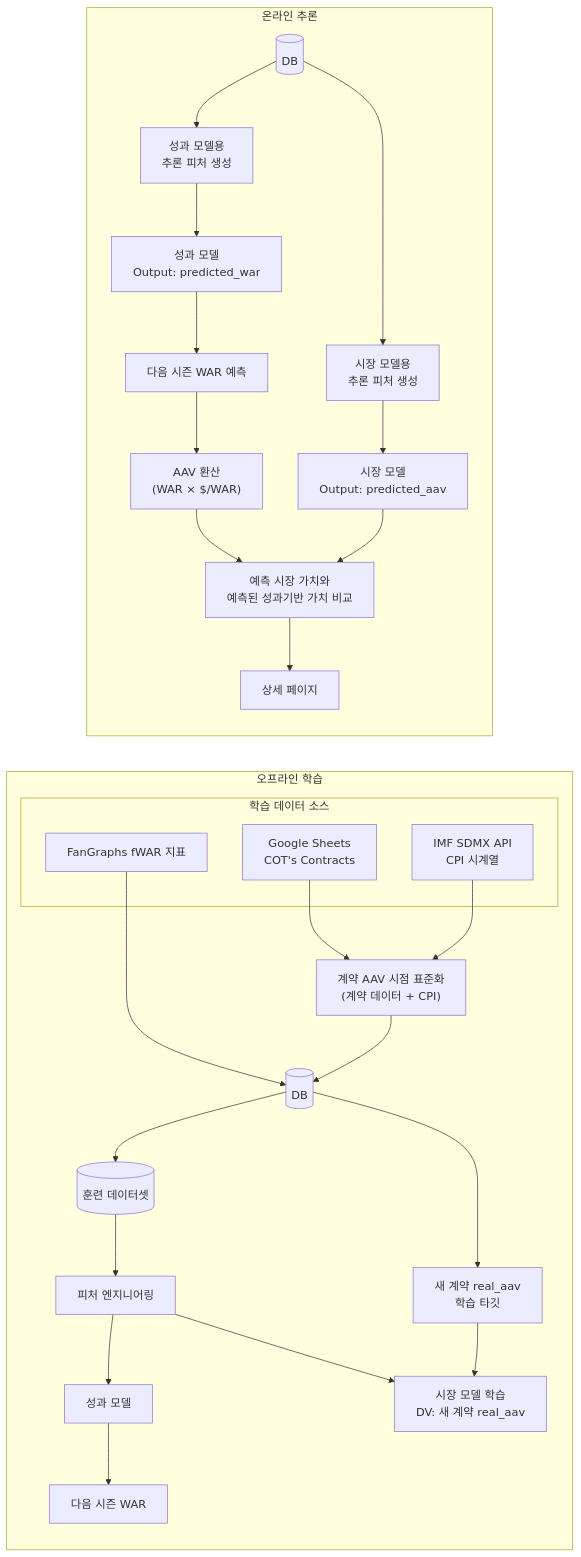
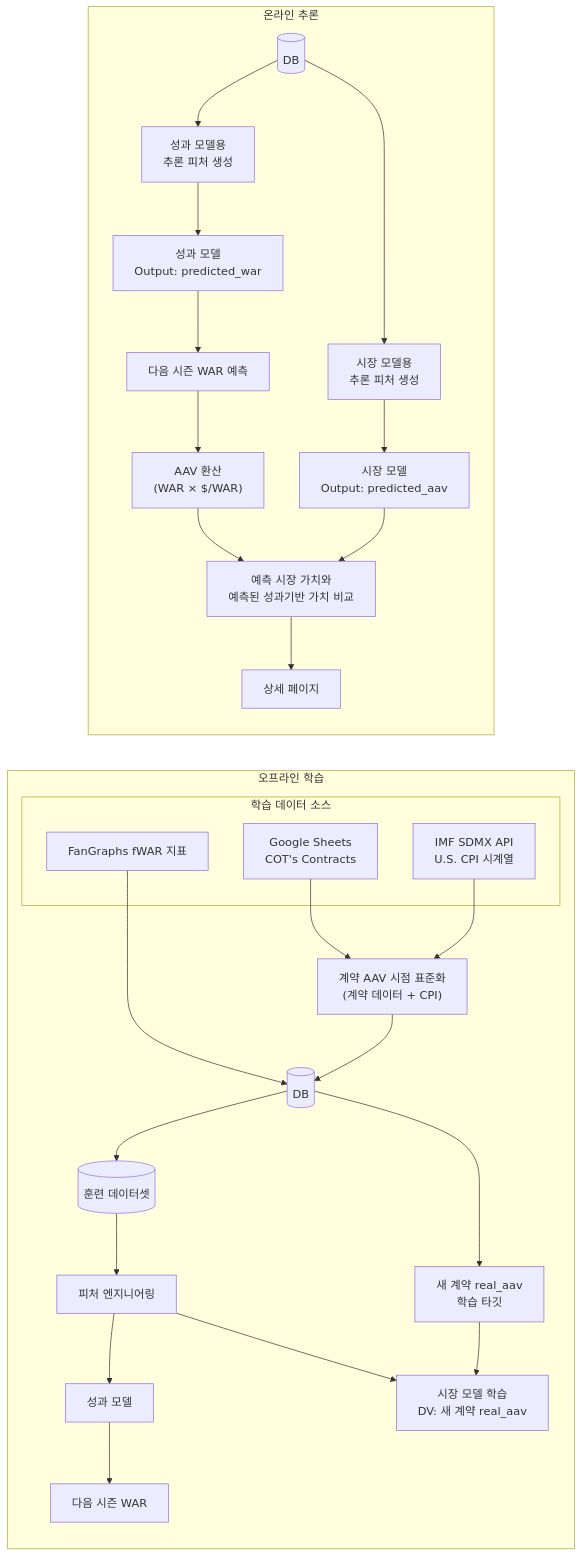
The fifth of 6 diagrams in ARCHITECTURE_TOBE.md (yechuk/backend), drawn with Mermaid before and after one commit. The commit also changed other lines of this file and 2 other files, not shown here.

````diff
--- a/ARCHITECTURE_TOBE.md
+++ b/ARCHITECTURE_TOBE.md
@@ -212,34 +214,34 @@
 ```mermaid
 flowchart LR
     subgraph train [오프라인 학습]
         subgraph train_sources [학습 데이터 소스]
             FGSrc[FanGraphs fWAR 지표]
             ContractSrc["Google Sheets<br/>COT's Contracts"]
-            CPISrc["IMF SDMX API<br/>CPI 시계열"]
+            CPISrc["IMF SDMX API<br/>U.S. CPI 시계열"]
         end
         Standardize["계약 AAV 시점 표준화<br/>(계약 데이터 + CPI)"]
         FGSrc --> DB
         ContractSrc --> Standardize
         CPISrc --> Standardize
         Standardize --> DB
         DB[(DB)] --> TrainSet[(훈련 데이터셋)]
         DB --> AAVTarget["새 계약 real_aav<br/>학습 타깃"]
         TrainSet --> FE[피처 엔지니어링]
         FE --> PerfTrain[성과 모델]
         FE --> MarketTrain["시장 모델 학습<br/>DV: 새 계약 real_aav"]
         PerfTrain --> ValueLayer[다음 시즌 WAR]
         AAVTarget --> MarketTrain
     end
 
     subgraph infer [온라인 추론]
         OnlineDB[(DB)] --> PerfFE["성과 모델용<br/>추론 피처 생성"]
         OnlineDB[(DB)] --> MarketFE["시장 모델용<br/>추론 피처 생성"]
         PerfFE --> Performance["성과 모델<br/>Output: predicted_war"]
         MarketFE --> MarketInfer["시장 모델<br/>Output: predicted_aav"]
         Performance --> WarOut[다음 시즌 WAR 예측]
         WarOut --> ValueConv["AAV 환산<br/>(WAR × $/WAR)"]
         ValueConv --> Decision["예측 시장 가치와<br/>예측된 성과기반 가치 비교"]
         MarketInfer --> Decision
         Decision --> UI[상세 페이지]
     end
 ```
````
